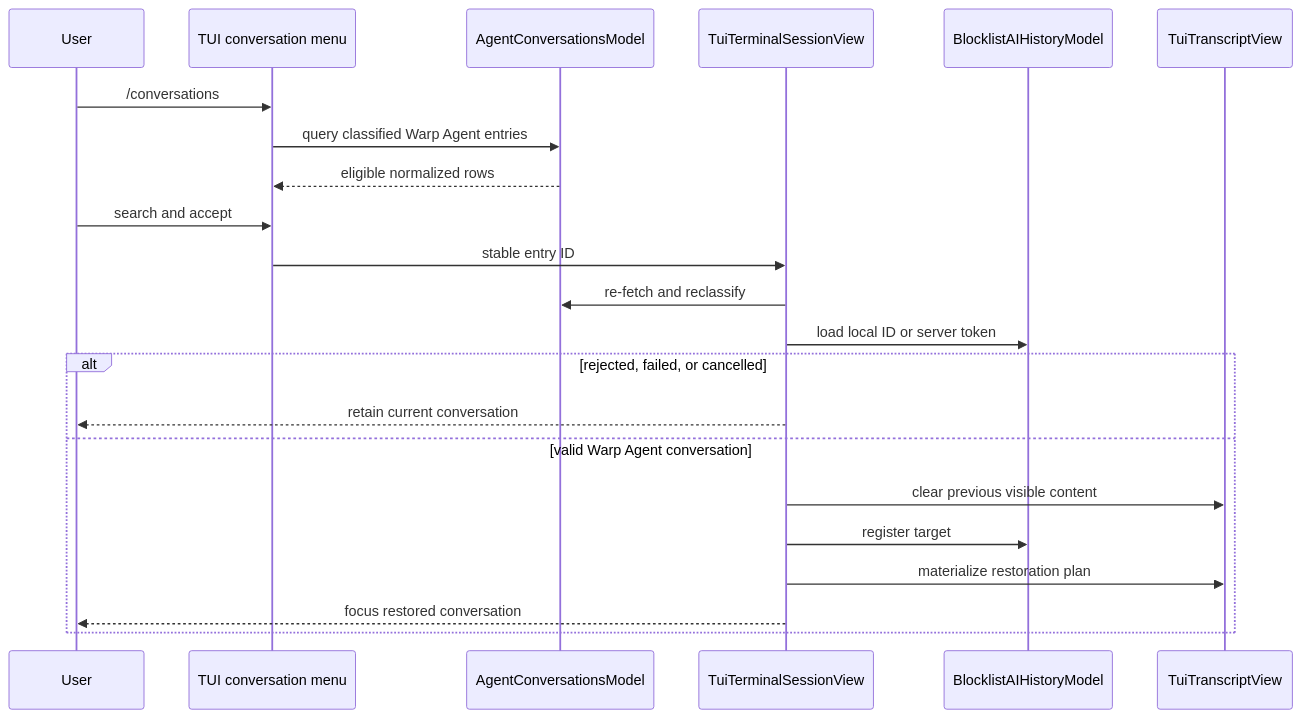
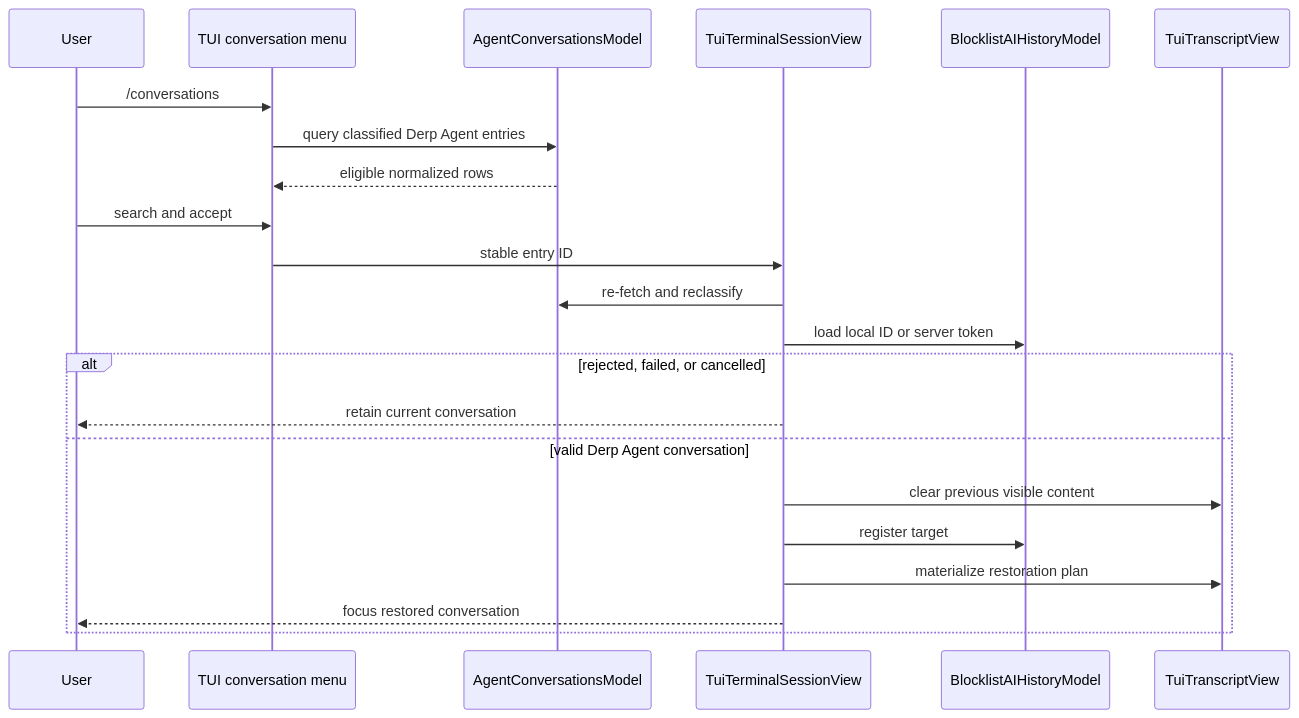
One commit to antikrust/krust-terminal changed the diagram in specs/CODE-1821/TECH.md. Above: the diagram before and after it, drawn with Mermaid. The commit also changed other lines of this file and 9069 other files, not shown here.

First line of the commit message:
Rebrand Warp -> Derp; vendor and disconnect all external deps

````diff
--- a/specs/CODE-1821/TECH.md
+++ b/specs/CODE-1821/TECH.md
@@ -136,25 +136,25 @@
 ```mermaid
 sequenceDiagram
   participant User
   participant Menu as TUI conversation menu
   participant Model as AgentConversationsModel
   participant Session as TuiTerminalSessionView
   participant History as BlocklistAIHistoryModel
   participant Transcript as TuiTranscriptView
 
   User->>Menu: /conversations
-  Menu->>Model: query classified Warp Agent entries
+  Menu->>Model: query classified Derp Agent entries
   Model-->>Menu: eligible normalized rows
   User->>Menu: search and accept
   Menu->>Session: stable entry ID
   Session->>Model: re-fetch and reclassify
   Session->>History: load local ID or server token
   alt rejected, failed, or cancelled
     Session-->>User: retain current conversation
-  else valid Warp Agent conversation
+  else valid Derp Agent conversation
     Session->>Transcript: clear previous visible content
     Session->>History: register target
     Session->>Transcript: materialize restoration plan
     Session-->>User: focus restored conversation
   end
 ```
````
